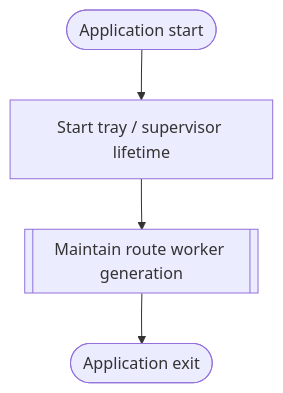
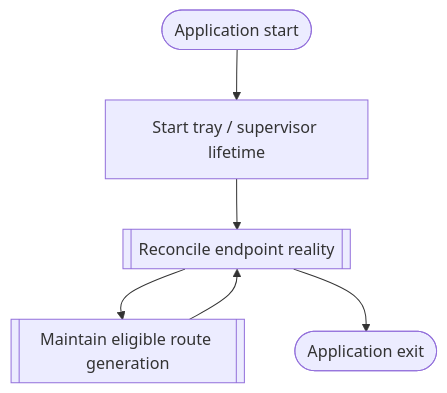
The diagram in VF/round4-shell.vf.md (STanJK/LE-Audio-Relay), drawn with Mermaid before and after one commit. The commit also changed other lines of this file and 3 other files, not shown here.

Commit message:
docs: map event-driven endpoint lifecycle into VF-KB

````diff
--- a/VF/round4-shell.vf.md
+++ b/VF/round4-shell.vf.md
@@ -74,23 +89,29 @@
 ```mermaid
 flowchart TD
     %% vf:flow id="product-lifetime"
 
     %% vf:element kind="input"
     start(["Application start"])
 
     %% vf:element kind="action"
     %% vf:op call target="Application.Run" args="TrayApplicationContext" source="program"
     tray["Start tray / supervisor lifetime"]
 
     %% vf:element kind="child"
+    %% vf:expand node="leaudio-router.round4-shell.endpoint-lifecycle"
+    lifecycle[["Reconcile endpoint reality"]]
+
+    %% vf:element kind="child"
     %% vf:expand node="leaudio-router.round4-shell.worker-generation"
-    worker[["Maintain route worker generation"]]
+    worker[["Maintain eligible route generation"]]
 
     %% vf:element kind="output"
     %% vf:op return value="0" source="program"
     exit(["Application exit"])
 
     start --> tray
-    tray --> worker
-    worker --> exit
+    tray --> lifecycle
+    lifecycle --> worker
+    worker --> lifecycle
+    lifecycle --> exit
 ```
````
